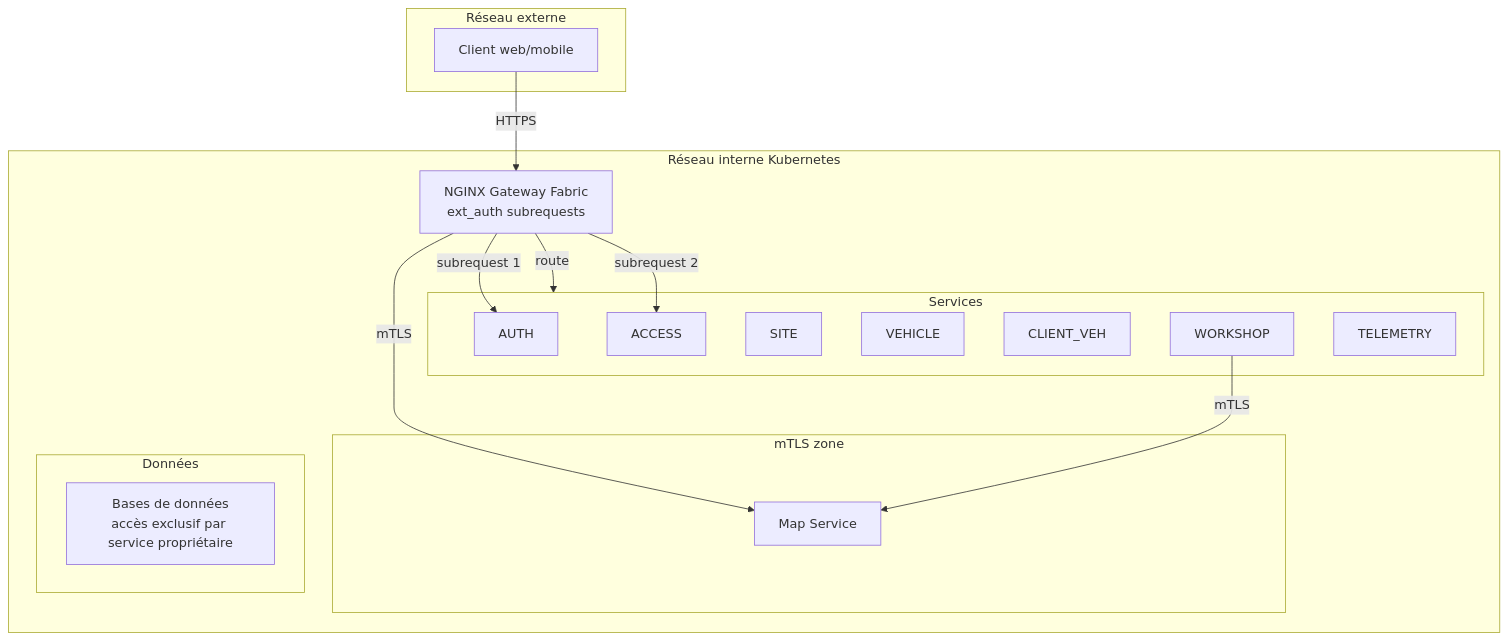
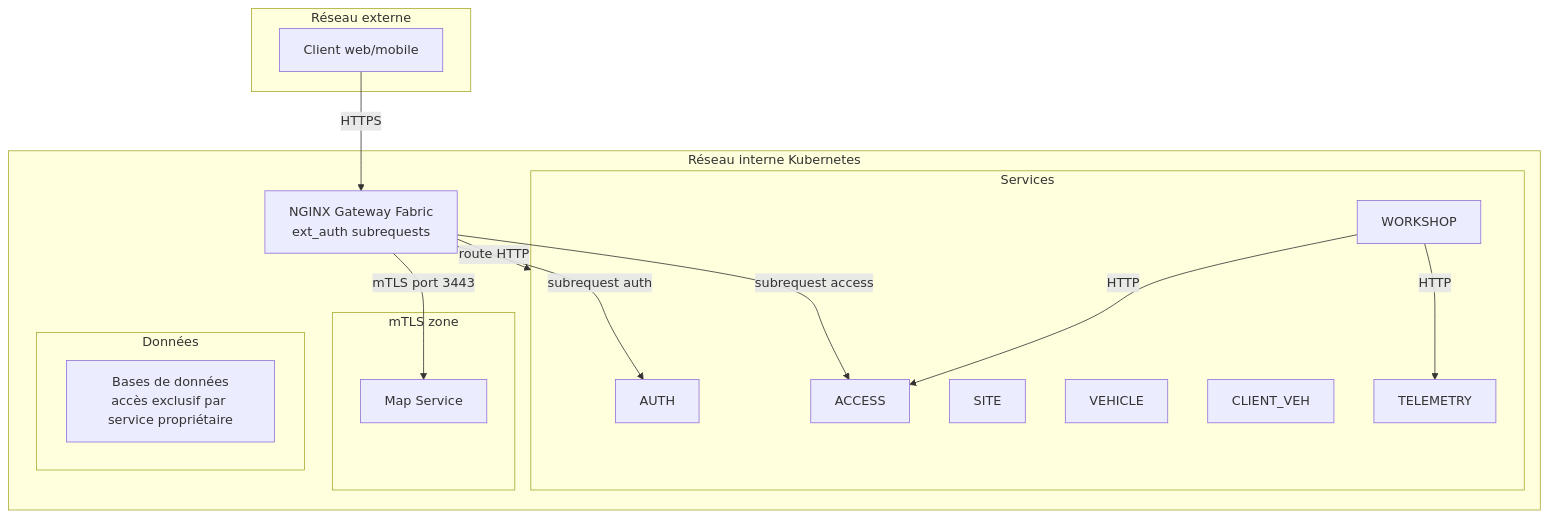
The fifth of 8 diagrams in dynolab/ARCHITECTURE.md (radu-lzr/dynaflow), drawn with Mermaid before and after one commit. The commit also changed other lines of this file and 13 other files, not shown here.

````diff
--- a/dynolab/ARCHITECTURE.md
+++ b/dynolab/ARCHITECTURE.md
@@ -177,27 +171,28 @@
 ```mermaid
 graph TD
     subgraph "Réseau externe"
         CLIENT["Client web/mobile"]
     end
 
     subgraph "Réseau interne Kubernetes"
         GW["NGINX Gateway Fabric<br/>ext_auth subrequests"]
         subgraph "Services"
             AUTH & ACCESS & SITE
             VEHICLE & CLIENT_VEH & WORKSHOP & TELEMETRY
         end
         subgraph "mTLS zone"
             MAP["Map Service"]
         end
         subgraph "Données"
             DB["Bases de données<br/>accès exclusif par service propriétaire"]
         end
     end
 
     CLIENT -->|"HTTPS"| GW
-    GW -->|"subrequest 1"| AUTH
-    GW -->|"subrequest 2"| ACCESS
-    GW -->|"route"| Services
-    GW -->|"mTLS"| MAP
-    WORKSHOP -->|"mTLS"| MAP
+    GW -->|"subrequest auth"| AUTH
+    GW -->|"subrequest access"| ACCESS
+    GW -->|"route HTTP"| Services
+    GW -->|"mTLS port 3443"| MAP
+    WORKSHOP -->|"HTTP"| ACCESS
+    WORKSHOP -->|"HTTP"| TELEMETRY
 ```
````
